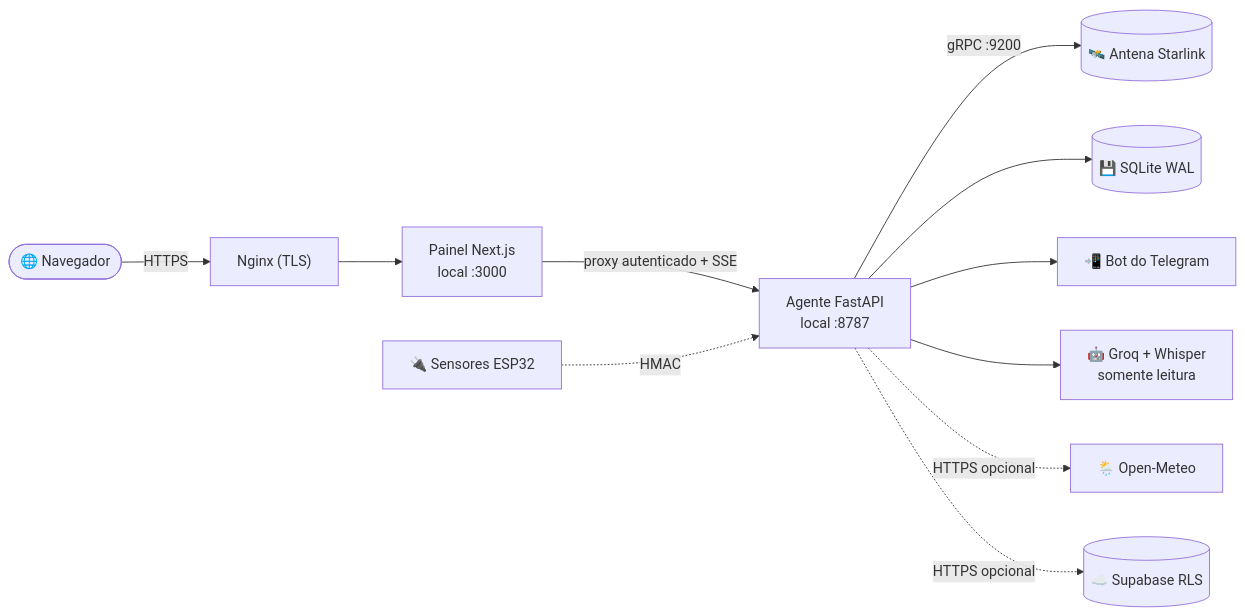
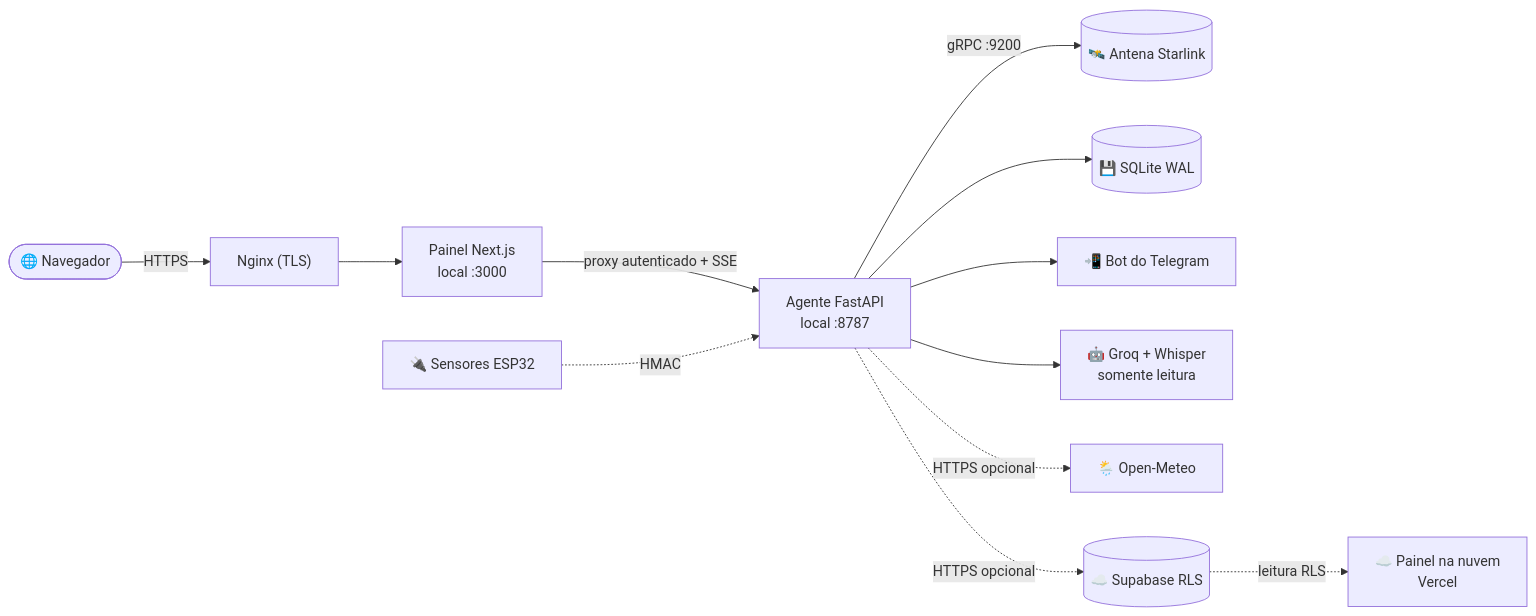
Before and after one commit to carlosnj497-lgtm/orbitlink-ai: the first of 2 diagrams in README.md, drawn with Mermaid. The commit also changed other lines of this file and 9 other files, not shown here.

````diff
--- a/README.md
+++ b/README.md
@@ -237,13 +277,14 @@
 ```mermaid
 flowchart LR
     Browser(["🌐 Navegador"]) -->|"HTTPS"| Nginx["Nginx (TLS)"]
     Nginx --> Web["Painel Next.js<br/>local :3000"]
     Web -->|"proxy autenticado + SSE"| Agent["Agente FastAPI<br/>local :8787"]
     Agent -->|"gRPC :9200"| Dish[("🛰️ Antena Starlink")]
     Agent --> DB[("💾 SQLite WAL")]
     Agent --> TG["📲 Bot do Telegram"]
     Agent --> AI["🤖 Groq + Whisper<br/>somente leitura"]
     Agent -.->|"HTTPS opcional"| Meteo["🌦️ Open-Meteo"]
     Agent -.->|"HTTPS opcional"| Supa[("☁️ Supabase RLS")]
+    Supa -.->|"leitura RLS"| Cloud["☁️ Painel na nuvem<br/>Vercel"]
     ESP["🔌 Sensores ESP32"] -.->|"HMAC"| Agent
 ```
````
